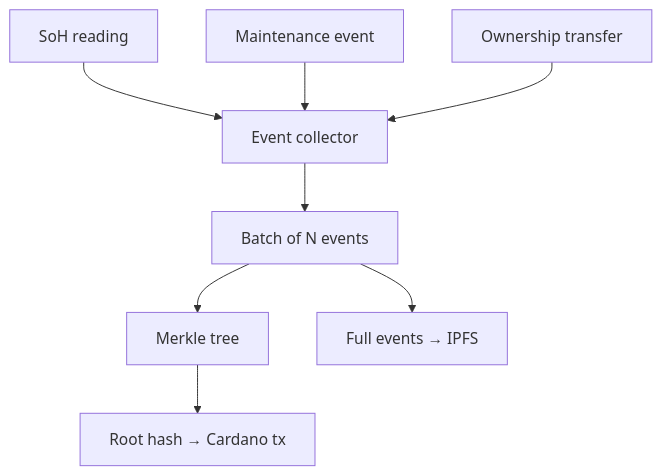
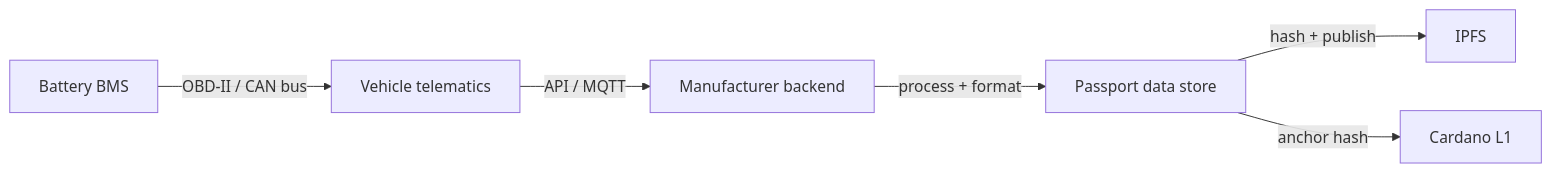
One commit to lambdasistemi/eu-digital-product-passport changed the fourth of 4 diagrams in docs/cardano/lifecycle.md. Above: the diagram before and after it, drawn with Mermaid. The commit also changed other lines of this file, not shown here.

````diff
--- a/docs/cardano/lifecycle.md
+++ b/docs/cardano/lifecycle.md
@@ -71,10 +150,8 @@
 ```mermaid
-graph TD
-    A[SoH reading] --> B[Event collector]
-    C[Maintenance event] --> B
-    D[Ownership transfer] --> B
-    B --> E[Batch of N events]
-    E --> F[Merkle tree]
-    F --> G[Root hash → Cardano tx]
-    E --> H[Full events → IPFS]
+graph LR
+    A[Battery BMS] -->|OBD-II / CAN bus| B[Vehicle telematics]
+    B -->|API / MQTT| C[Manufacturer backend]
+    C -->|process + format| D[Passport data store]
+    D -->|hash + publish| E[IPFS]
+    D -->|anchor hash| F[Cardano L1]
 ```
````
